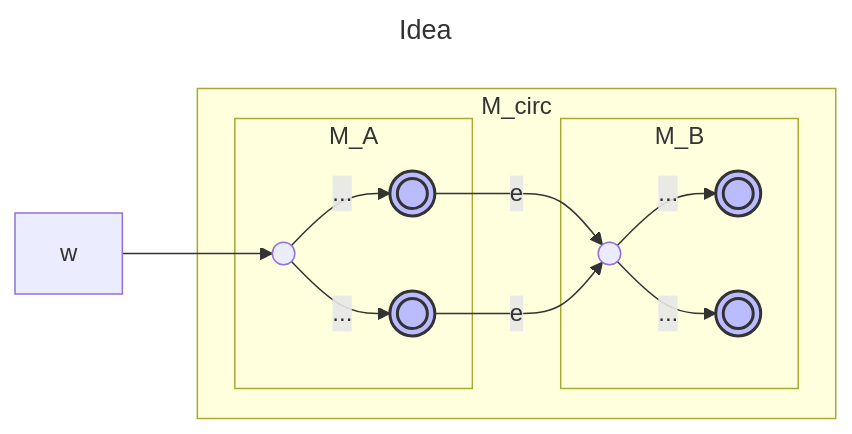
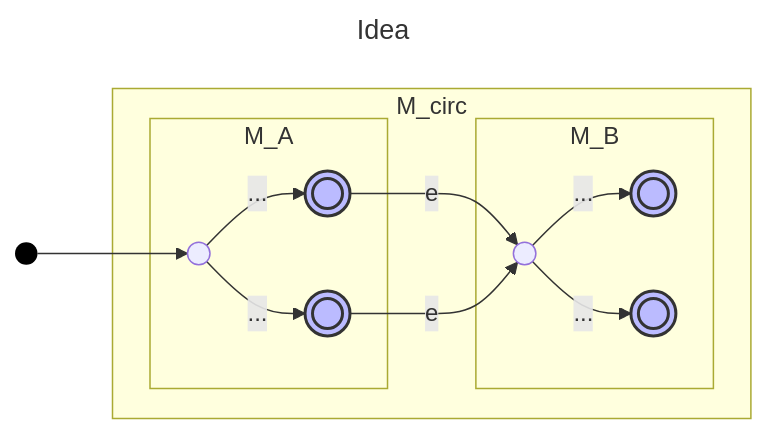
One commit to sakuratsuyu/Note changed the fifth of 6 diagrams in docs/Mathematics_Basis/TC/Lec_2.md. Above: the diagram before and after it, drawn with Mermaid. The commit also changed other lines of this file, not shown here.

````diff
--- a/docs/Mathematics_Basis/TC/Lec_2.md
+++ b/docs/Mathematics_Basis/TC/Lec_2.md
@@ -140,25 +140,26 @@
         ```mermaid
         ---
         title: Idea
         ---
         flowchart LR
-            w --> startA
+            start(( )) --> startA
             Q0A -- e --> startB
             Q1A -- e --> startB
+            style start fill:#000,stroke-width:0px
 
             subgraph M_circ
             subgraph M_A
                 startA(( )) -- ... --> Q0A((( )))
                 startA(( )) -- ... --> Q1A((( )))
                 style Q0A fill:#bbf,stroke:#333,stroke-width:2px
                 style Q1A fill:#bbf,stroke:#333,stroke-width:2px
             end
 
             subgraph M_B
                 startB(( )) -- ...  --> Q0B((( )))
                 startB(( )) -- ...  --> Q1B((( )))
                 style Q0B fill:#bbf,stroke:#333,stroke-width:2px
                 style Q1B fill:#bbf,stroke:#333,stroke-width:2px
             end
             end
         ```
````
